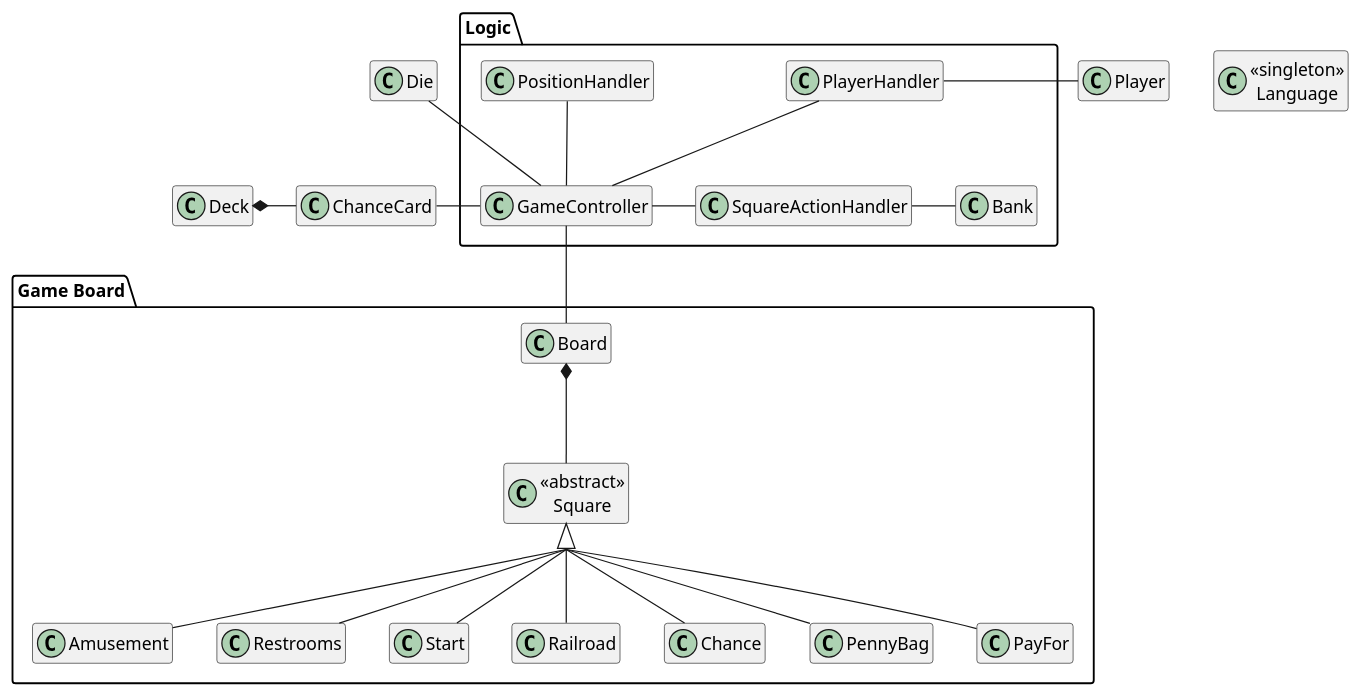
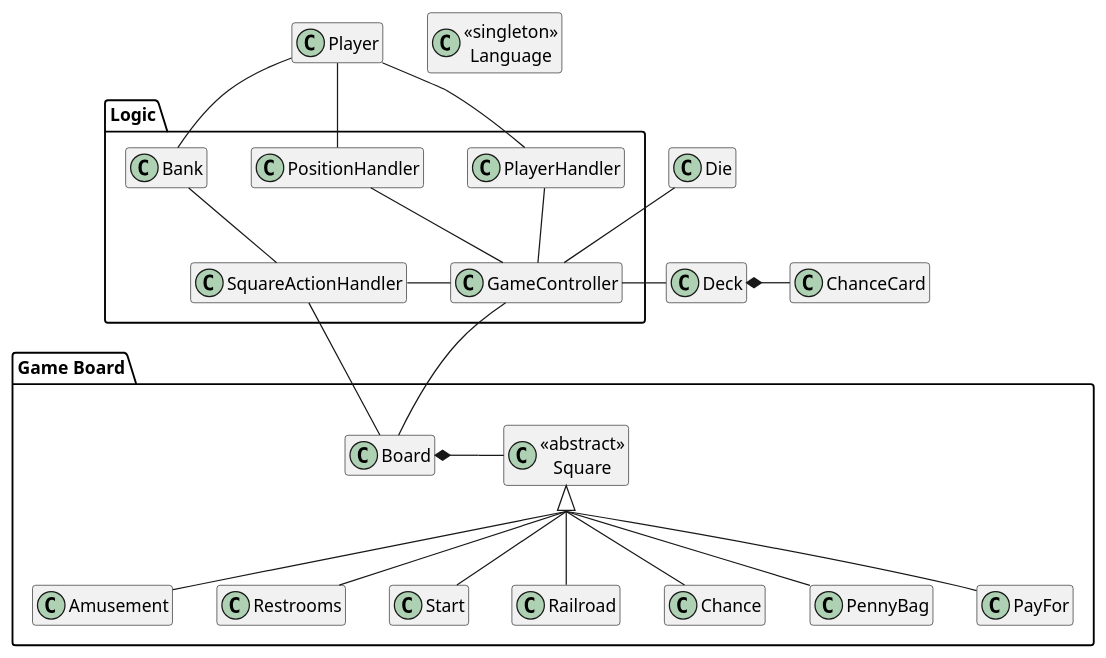
One commit to Greve2001/CDIO3 changed the diagram in diagrams/design2.puml. Above: the diagram before and after it, drawn with PlantUML.

Commit message:
Changes designclass diagram to show need controllers relations

```diff
--- a/diagrams/design2.puml
+++ b/diagrams/design2.puml
@@ -1,54 +1,57 @@
 @startuml
 
 hide empty members
 skinparam groupInheritance 2
 
 class Die
 
 package "Game Board" {
     class Board
     class "<<abstract>>\nSquare" as Square
         class Amusement
         class Restrooms
         class Start
         class Railroad
         class Chance
         class PennyBag
         class PayFor
 }
 
 package Logic {
     class Bank
     class GameController
     class PlayerHandler
     class PositionHandler
     class SquareActionHandler
 }
 
 class Deck
 class ChanceCard
 class Player
 class "<<singleton>>\nLanguage" as Language
 
-Deck *-right- ChanceCard
-Board *-down- Square
+Deck *- ChanceCard
+Board *-down Square
 Square <|-- Restrooms
 Square <|-- Amusement
 Square <|-- Railroad
 Square <|-- PayFor
 Square <|-- PennyBag
 Square <|-- Start
 Square <|-- Chance
 
 GameController -up- PositionHandler
 GameController -up- PlayerHandler
 GameController -up- Die
-GameController -right- SquareActionHandler
-GameController -left- ChanceCard
+GameController -left- SquareActionHandler
+GameController -left- Deck
 GameController -down- Board
 
-PlayerHandler -right- Player
-SquareActionHandler -right- Bank
+PlayerHandler -up- Player
+SquareActionHandler -up- Bank
+SquareActionHandler -- Board
+Bank -up- Player
+PositionHandler -up- Player
 
 
 @enduml
```
